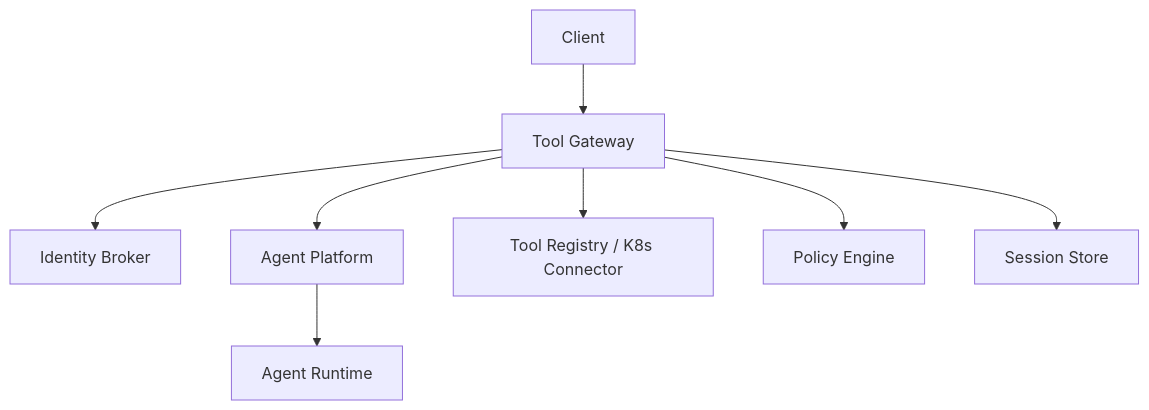
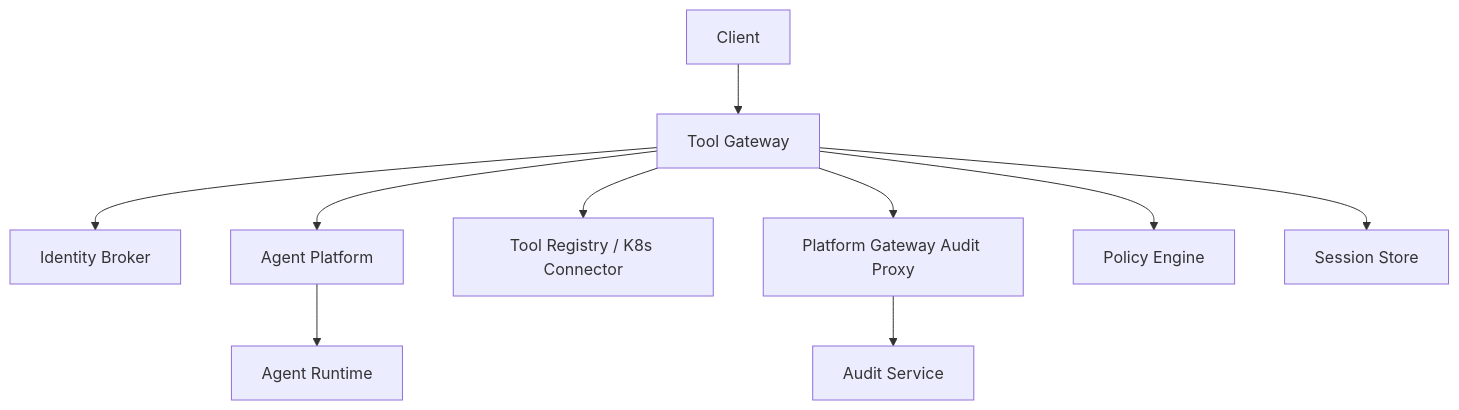
The first of 3 diagrams in .qoder/repowiki/en/content/API Reference/API Reference.md (metasync/luban-aiops), drawn with Mermaid before and after one commit. The commit also changed other lines of this file and 48 other files, not shown here.

First line of the commit message:
docs: refresh repowiki knowledge cache for audit-service product

````diff
--- a/.qoder/repowiki/en/content/API Reference/API Reference.md
+++ b/.qoder/repowiki/en/content/API Reference/API Reference.md
@@ -69,10 +88,12 @@
 ```mermaid
 graph TB
 Client["Client"] --> Gateway["Tool Gateway"]
 Gateway --> Auth["Identity Broker"]
 Gateway --> Agent["Agent Platform"]
 Gateway --> Tools["Tool Registry / K8s Connector"]
+Gateway --> AuditProxy["Platform Gateway Audit Proxy"]
+AuditProxy --> AuditService["Audit Service"]
 Agent --> Runtime["Agent Runtime"]
 Gateway --> Policy["Policy Engine"]
 Gateway --> Store["Session Store"]
 ```
````
